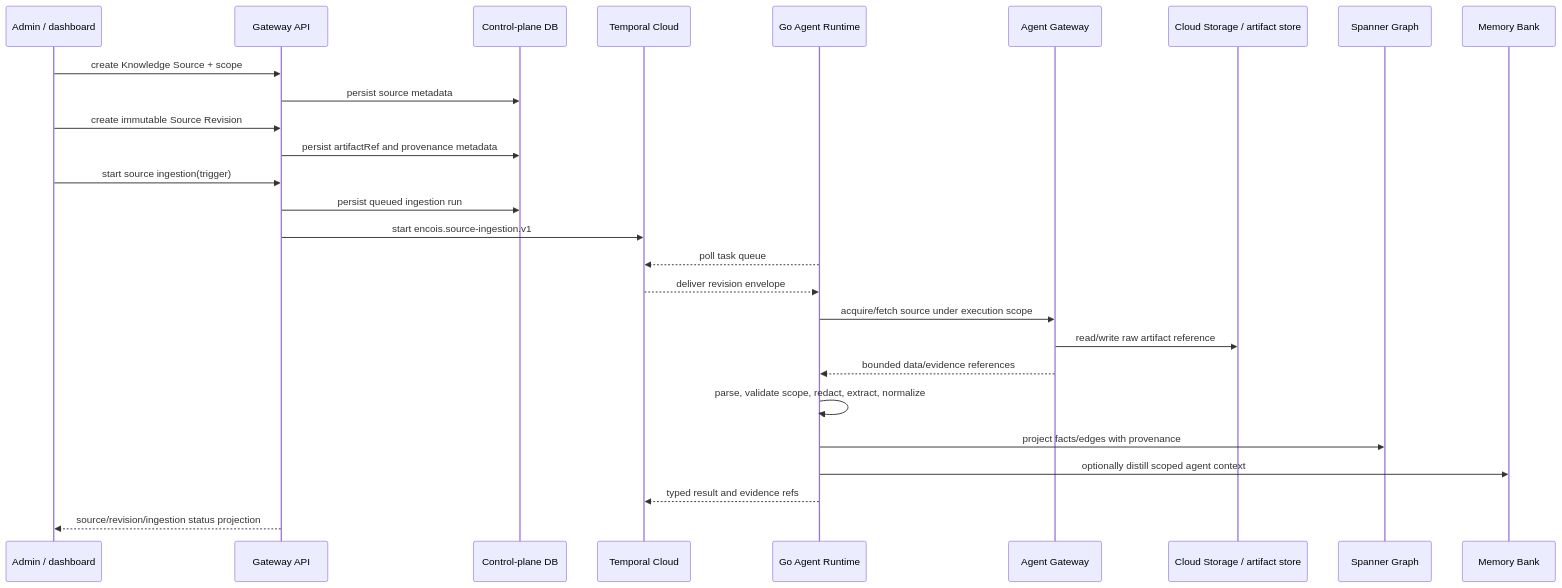
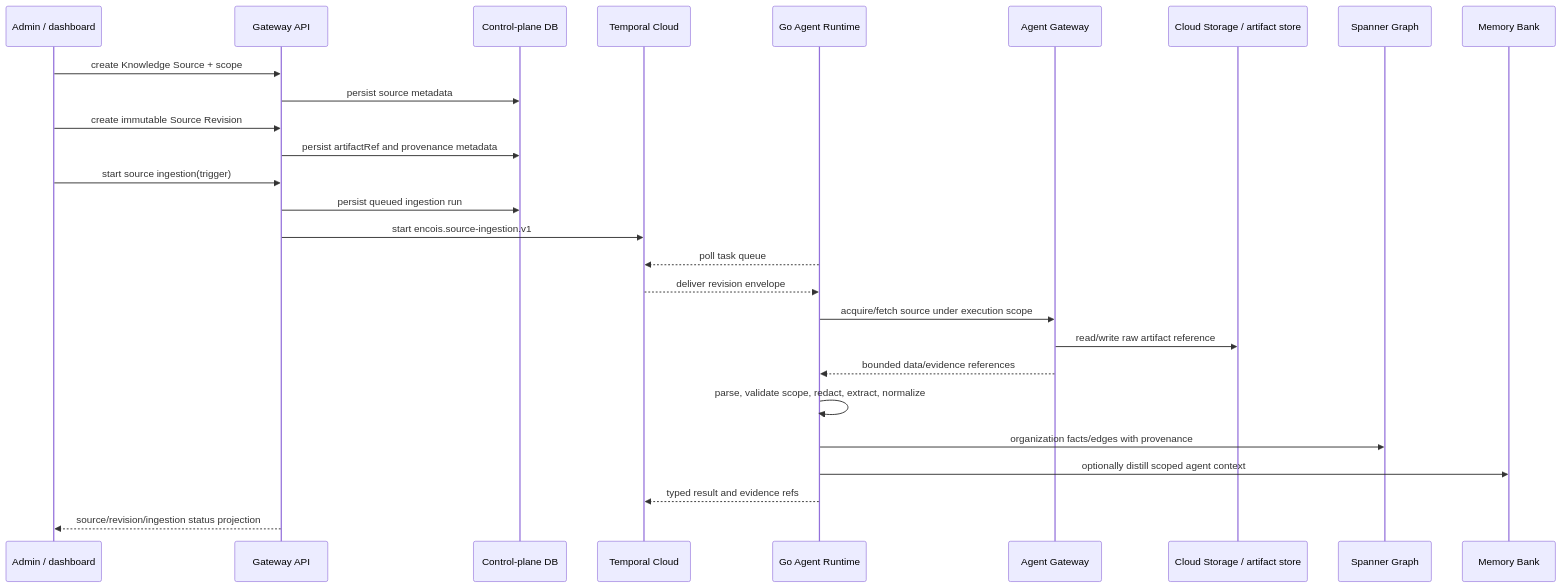
The third of 5 diagrams in docs/flows.md (andriishupta/encois), drawn with Mermaid before and after one commit. The commit also changed other lines of this file and 134 other files, not shown here.

````diff
--- a/docs/flows.md
+++ b/docs/flows.md
@@ -246,30 +301,30 @@
 ```mermaid
 sequenceDiagram
     participant Admin as Admin / dashboard
     participant API as Gateway API
     participant DB as Control-plane DB
     participant Temporal as Temporal Cloud
     participant Runtime as Go Agent Runtime
     participant AgentGW as Agent Gateway
     participant Raw as Cloud Storage / artifact store
     participant Graph as Spanner Graph
     participant Memory as Memory Bank
 
     Admin->>API: create Knowledge Source + scope
     API->>DB: persist source metadata
     Admin->>API: create immutable Source Revision
     API->>DB: persist artifactRef and provenance metadata
     Admin->>API: start source ingestion(trigger)
     API->>DB: persist queued ingestion run
     API->>Temporal: start encois.source-ingestion.v1
     Runtime-->>Temporal: poll task queue
     Temporal-->>Runtime: deliver revision envelope
     Runtime->>AgentGW: acquire/fetch source under execution scope
     AgentGW->>Raw: read/write raw artifact reference
     AgentGW-->>Runtime: bounded data/evidence references
     Runtime->>Runtime: parse, validate scope, redact, extract, normalize
-    Runtime->>Graph: project facts/edges with provenance
+    Runtime->>Graph: organization facts/edges with provenance
     Runtime->>Memory: optionally distill scoped agent context
     Runtime-->>Temporal: typed result and evidence refs
     API-->>Admin: source/revision/ingestion status projection
 ```
````
